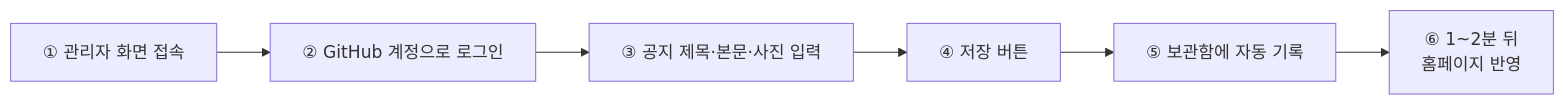
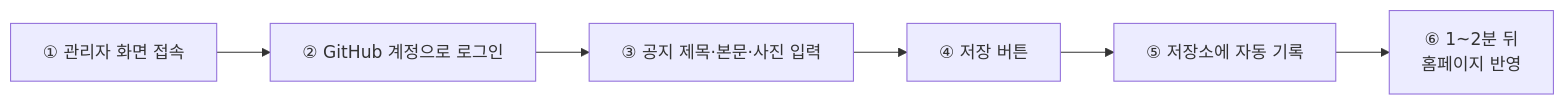
One commit to entbslab/entbslab.github.io changed the second of 4 diagrams in docs/HANDOVER.md. Above: the diagram before and after it, drawn with Mermaid. The commit also changed other lines of this file, not shown here.

````diff
--- a/docs/HANDOVER.md
+++ b/docs/HANDOVER.md
@@ -52,8 +52,8 @@
 ```mermaid
 flowchart LR
   S1["① 관리자 화면 접속"] --> S2["② GitHub 계정으로 로그인"]
   S2 --> S3["③ 공지 제목·본문·사진 입력"]
   S3 --> S4["④ 저장 버튼"]
-  S4 --> S5["⑤ 보관함에 자동 기록"]
+  S4 --> S5["⑤ 저장소에 자동 기록"]
   S5 --> S6["⑥ 1~2분 뒤<br/>홈페이지 반영"]
 ```
````
